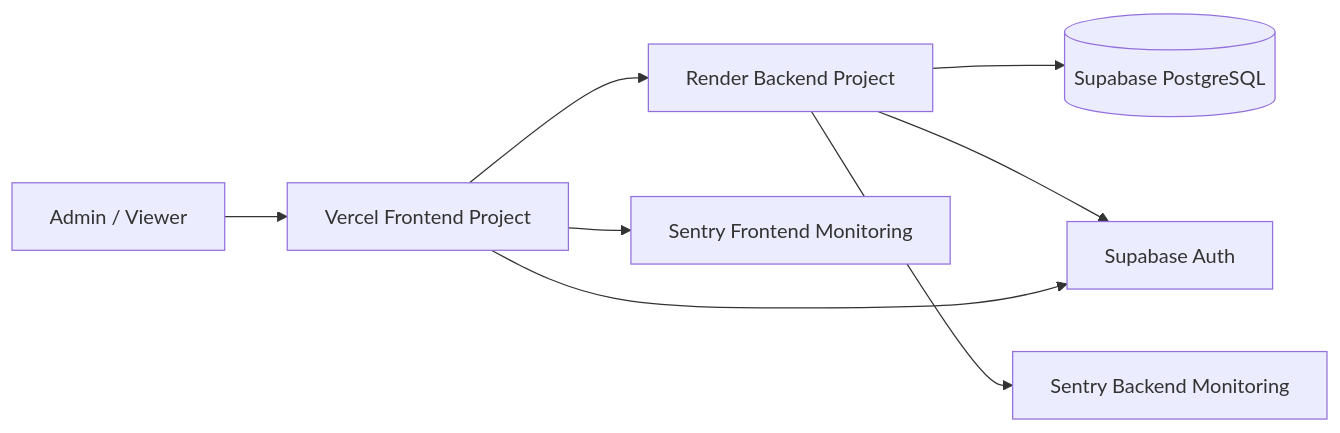
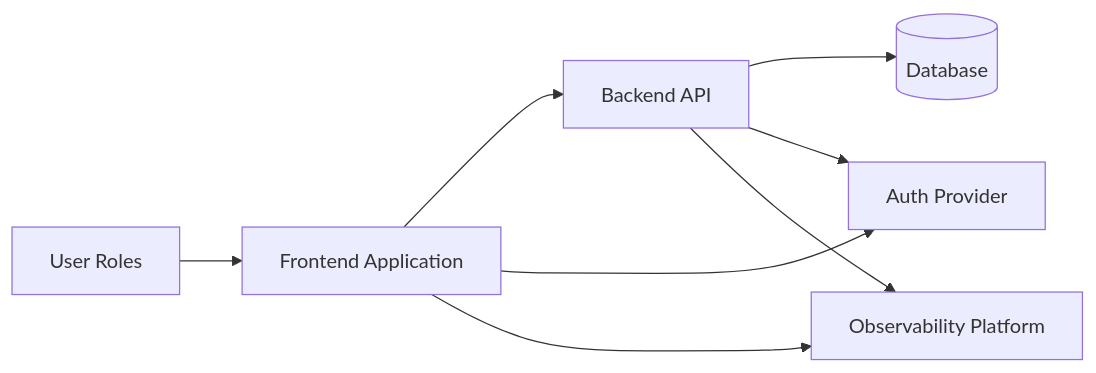
One commit to alonsovndev/open-projects-hub-docs changed the first of 2 diagrams in docs/projects/project-template/03-architecture/architecture-solution-design.md. Above: the diagram before and after it, drawn with Mermaid. The commit also changed other lines of this file and 52 other files, not shown here.

Commit message:
docs: templating architecture files

````diff
--- a/docs/projects/project-template/03-architecture/architecture-solution-design.md
+++ b/docs/projects/project-template/03-architecture/architecture-solution-design.md
@@ -39,10 +59,10 @@
 ```mermaid
 flowchart LR
-    U[Admin / Viewer] --> FE[Vercel Frontend Project]
-    FE --> BE[Render Backend Project]
-    BE --> DB[(Supabase PostgreSQL)]
-    BE --> AUTH[Supabase Auth]
+    U[User Roles] --> FE[Frontend Application]
+    FE --> BE[Backend API]
+    BE --> DB[(Database)]
+    BE --> AUTH[Auth Provider]
     FE --> AUTH
-    FE --> SEN[Sentry Frontend Monitoring]
-    BE --> SENB[Sentry Backend Monitoring]
+    FE --> OBS[Observability Platform]
+    BE --> OBS
 ```
````
